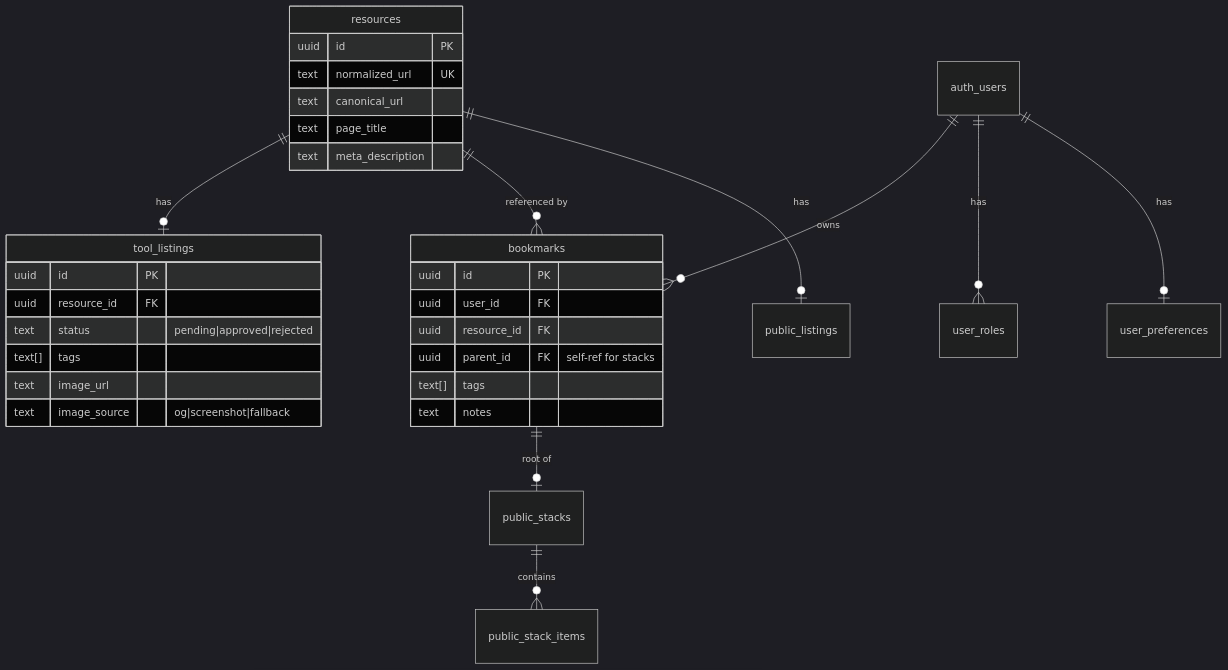
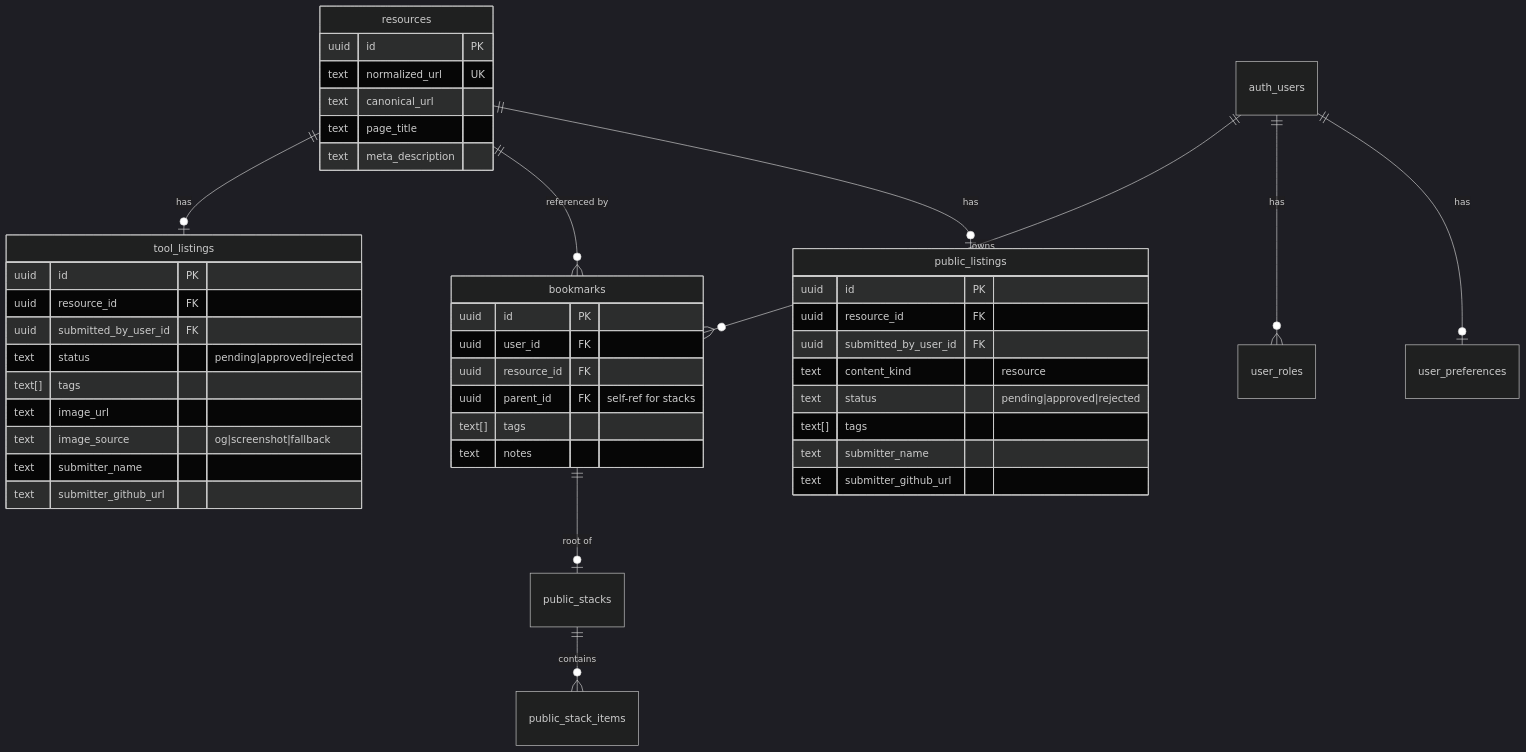
One commit to schalkneethling/makerbench-next changed the third of 7 diagrams in architecture.md. Above: the diagram before and after it, drawn with Mermaid (dark theme). The commit also changed other lines of this file and 4 other files, not shown here.

````diff
--- a/architecture.md
+++ b/architecture.md
@@ -259,37 +270,51 @@
 ```mermaid
 erDiagram
     resources ||--o| tool_listings : "has"
     resources ||--o{ bookmarks : "referenced by"
     auth_users ||--o{ bookmarks : "owns"
     auth_users ||--o{ user_roles : "has"
     auth_users ||--o| user_preferences : "has"
     resources ||--o| public_listings : "has"
     bookmarks ||--o| public_stacks : "root of"
     public_stacks ||--o{ public_stack_items : "contains"
 
     resources {
         uuid id PK
         text normalized_url UK
         text canonical_url
         text page_title
         text meta_description
     }
 
     tool_listings {
         uuid id PK
         uuid resource_id FK
+        uuid submitted_by_user_id FK
         text status "pending|approved|rejected"
         text[] tags
         text image_url
         text image_source "og|screenshot|fallback"
+        text submitter_name
+        text submitter_github_url
+    }
+
+    public_listings {
+        uuid id PK
+        uuid resource_id FK
+        uuid submitted_by_user_id FK
+        text content_kind "resource"
+        text status "pending|approved|rejected"
+        text[] tags
+        text submitter_name
+        text submitter_github_url
     }
 
     bookmarks {
         uuid id PK
         uuid user_id FK
         uuid resource_id FK
         uuid parent_id FK "self-ref for stacks"
         text[] tags
         text notes
     }
 ```
````
